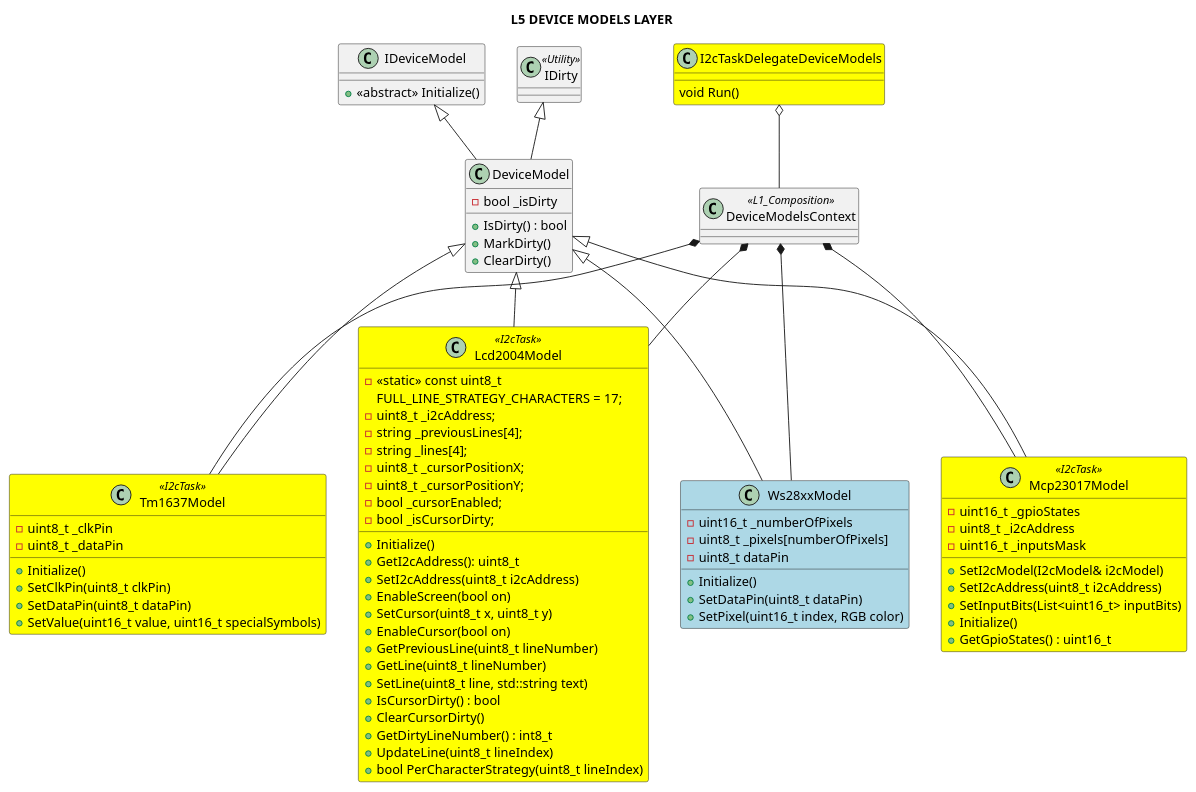
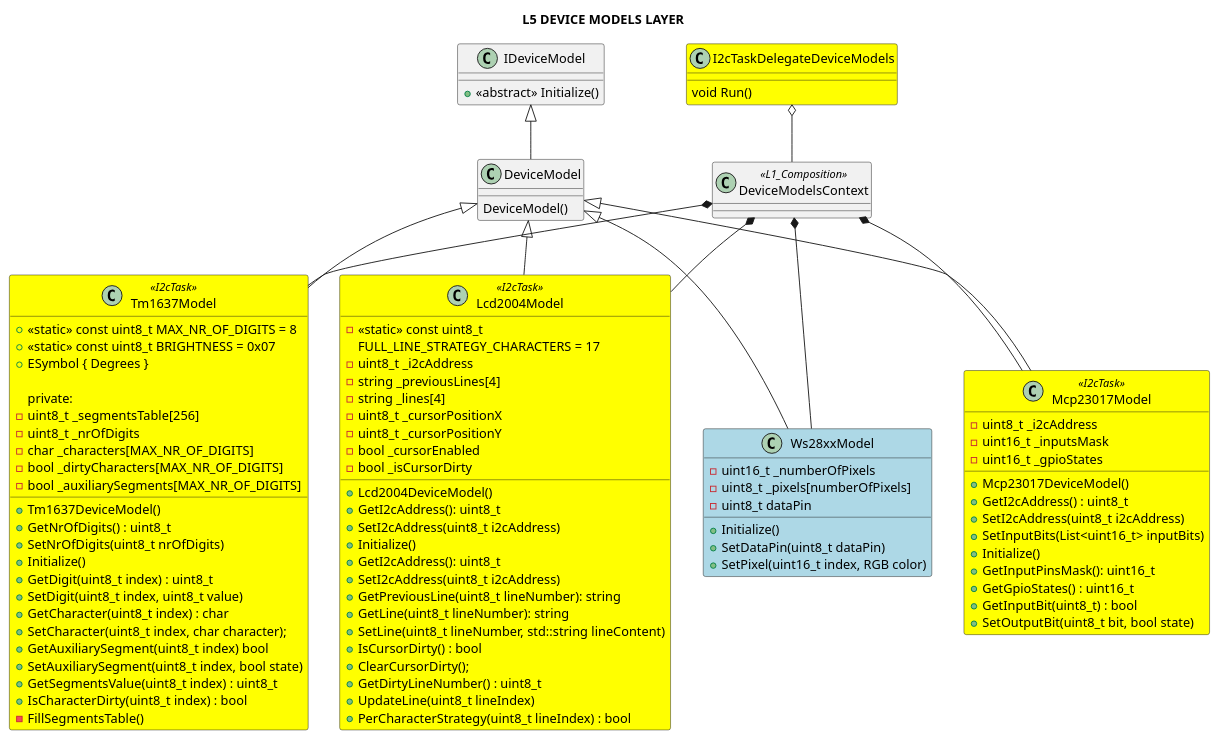
Before and after one commit to michelkeijzers/fraxis: the diagram in Docs/Software Design/Layers/L5_device_models_layer.puml, drawn with PlantUML. The commit also changed 154 other files, not shown here.

Commit message:
Updated UML diagrams, removed = default, changed -> to refs

```diff
--- a/Docs/Software Design/Layers/L5_device_models_layer.puml
+++ b/Docs/Software Design/Layers/L5_device_models_layer.puml
@@ -1,111 +1,124 @@
 @startuml
 
 title L5 DEVICE MODELS LAYER
 
 skinparam packageStyle rectangle
 skinparam lineThickness 2
 
 class DeviceModelsContext <<L1_Composition>>
 {
 }
 
-class IDirty <<Utility>>
-{
-}
-
 class IDeviceModel
 {
     + <<abstract>> Initialize()
 }
 
 class DeviceModel 
 {
-    - bool _isDirty 
-    + IsDirty() : bool
-    + MarkDirty()
-    + ClearDirty()
+    DeviceModel()
 }
 
 DeviceModel -u-|> IDeviceModel
-DeviceModel -u-|> IDirty
 
 class Ws28xxModel #lightblue
 {
     - uint16_t _numberOfPixels
     - uint8_t _pixels[numberOfPixels]
     - uint8_t dataPin
     + Initialize()
     + SetDataPin(uint8_t dataPin)
     + SetPixel(uint16_t index, RGB color)
 }
 
 Ws28xxModel -u-|> DeviceModel
 
 class I2cTaskDelegateDeviceModels #yellow
 {
     void Run()
 }
 
 class Mcp23017Model <<I2cTask>> #yellow
 {
-    - uint16_t _gpioStates
-    - uint8_t _i2cAddress
-    - uint16_t _inputsMask
-    + SetI2cModel(I2cModel& i2cModel)
+    + Mcp23017DeviceModel()
+    + GetI2cAddress() : uint8_t
     + SetI2cAddress(uint8_t i2cAddress) 
     + SetInputBits(List<uint16_t> inputBits)
     + Initialize()
+    + GetInputPinsMask(): uint16_t
     + GetGpioStates() : uint16_t
+    + GetInputBit(uint8_t) : bool 
+    + SetOutputBit(uint8_t bit, bool state)
+    - uint8_t _i2cAddress
+    - uint16_t _inputsMask
+    - uint16_t _gpioStates
 }
 
 Mcp23017Model -u-|> DeviceModel
 
 class Tm1637Model <<I2cTask>> #yellow
 {
-    - uint8_t _clkPin
-    - uint8_t _dataPin
+    + <<static>> const uint8_t MAX_NR_OF_DIGITS = 8
+    + <<static>> const uint8_t BRIGHTNESS = 0x07
+    + ESymbol { Degrees } 
+    + Tm1637DeviceModel()
+    + GetNrOfDigits() : uint8_t
+    + SetNrOfDigits(uint8_t nrOfDigits)
     + Initialize()
-    + SetClkPin(uint8_t clkPin)
-    + SetDataPin(uint8_t dataPin)
-    + SetValue(uint16_t value, uint16_t specialSymbols)
+    + GetDigit(uint8_t index) : uint8_t
+    + SetDigit(uint8_t index, uint8_t value)
+    + GetCharacter(uint8_t index) : char
+    + SetCharacter(uint8_t index, char character);
+    + GetAuxiliarySegment(uint8_t index) bool
+    + SetAuxiliarySegment(uint8_t index, bool state)
+    + GetSegmentsValue(uint8_t index) : uint8_t
+    + IsCharacterDirty(uint8_t index) : bool
+
+private:
+    - uint8_t _segmentsTable[256]
+    - uint8_t _nrOfDigits
+    - char _characters[MAX_NR_OF_DIGITS]
+    - bool _dirtyCharacters[MAX_NR_OF_DIGITS]
+    - bool _auxiliarySegments[MAX_NR_OF_DIGITS]
+    - FillSegmentsTable()
 }
 
 Tm1637Model -u-|> DeviceModel
 
 class Lcd2004Model <<I2cTask>> #yellow
 {
+    + Lcd2004DeviceModel()
+    + GetI2cAddress(): uint8_t
+    + SetI2cAddress(uint8_t i2cAddress)
     + Initialize()
     + GetI2cAddress(): uint8_t
     + SetI2cAddress(uint8_t i2cAddress) 
-    + EnableScreen(bool on)
-    + SetCursor(uint8_t x, uint8_t y)
-    + EnableCursor(bool on)
-    + GetPreviousLine(uint8_t lineNumber) 
-    + GetLine(uint8_t lineNumber)
-    + SetLine(uint8_t line, std::string text)
+    + GetPreviousLine(uint8_t lineNumber): string
+    + GetLine(uint8_t lineNumber): string
+    + SetLine(uint8_t lineNumber, std::string lineContent)
     + IsCursorDirty() : bool
-    + ClearCursorDirty()
-    + GetDirtyLineNumber() : int8_t
+    + ClearCursorDirty();
+    + GetDirtyLineNumber() : uint8_t
     + UpdateLine(uint8_t lineIndex)
-    + bool PerCharacterStrategy(uint8_t lineIndex)
-    - <<static>> const uint8_t 
-        FULL_LINE_STRATEGY_CHARACTERS = 17;
-    - uint8_t _i2cAddress;
-    - string _previousLines[4];
-    - string _lines[4];
-    - uint8_t _cursorPositionX;
-    - uint8_t _cursorPositionY;  
-    - bool _cursorEnabled;
-    - bool _isCursorDirty;
+    + PerCharacterStrategy(uint8_t lineIndex) : bool
+    - <<static>> const uint8_t
+        FULL_LINE_STRATEGY_CHARACTERS = 17
+    - uint8_t _i2cAddress
+    - string _previousLines[4]
+    - string _lines[4]
+    - uint8_t _cursorPositionX
+    - uint8_t _cursorPositionY
+    - bool _cursorEnabled
+    - bool _isCursorDirty
 }
 
 Lcd2004Model -u-|> DeviceModel
 
 DeviceModelsContext *-- Ws28xxModel
 DeviceModelsContext *-- Mcp23017Model
 DeviceModelsContext *-- Tm1637Model
 DeviceModelsContext *-- Lcd2004Model
 
 I2cTaskDelegateDeviceModels o-- DeviceModelsContext
 
 @enduml
```
